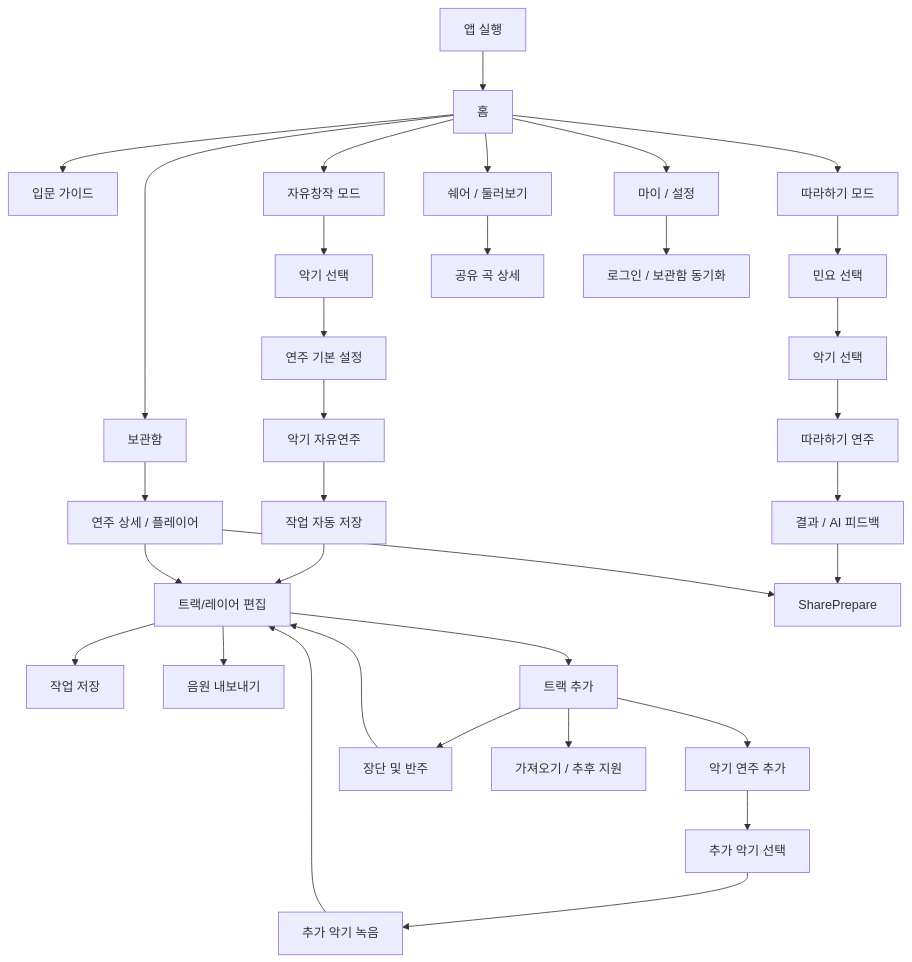
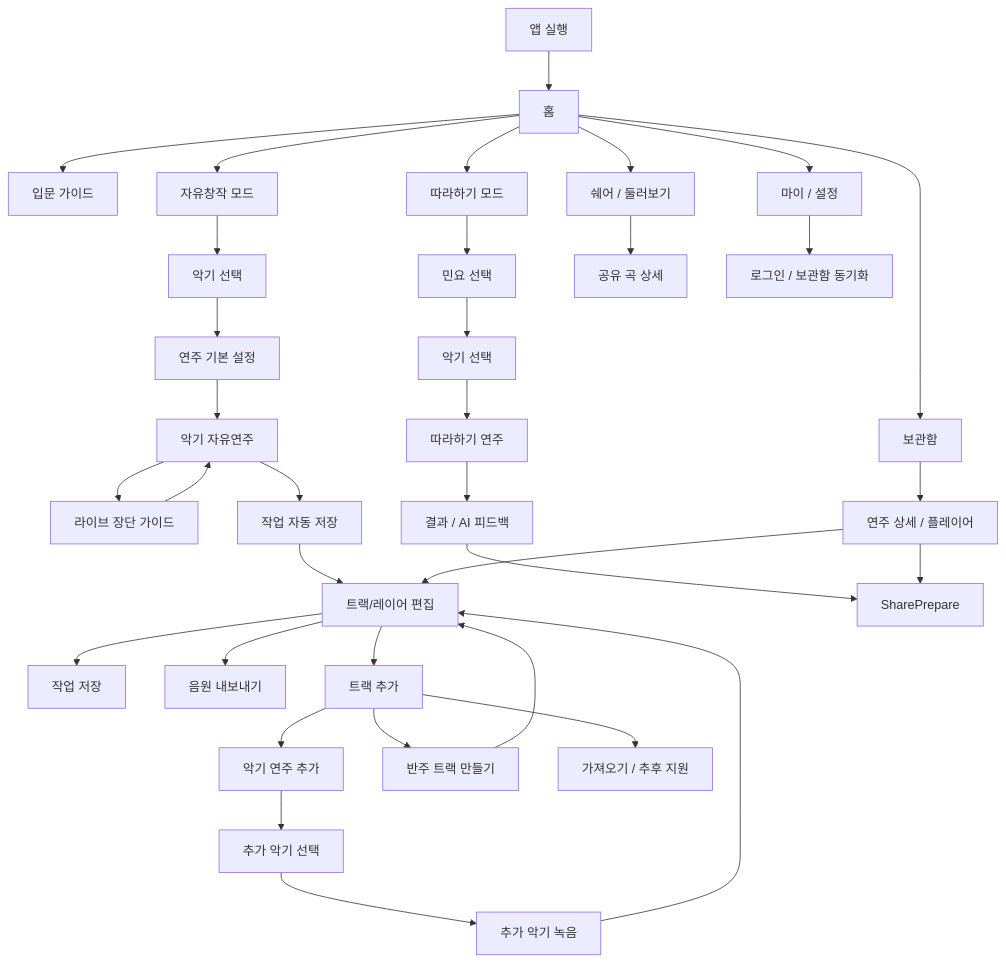
Before and after one commit to logan0741/GARAK-AI-Gugak-Studio: the diagram in front/docs/product/screen-flow/current-screen-flow.md, drawn with Mermaid. The commit also changed other lines of this file and 1 other file, not shown here.

````diff
--- a/front/docs/product/screen-flow/current-screen-flow.md
+++ b/front/docs/product/screen-flow/current-screen-flow.md
@@ -97,42 +97,44 @@
 ```mermaid
 flowchart TD
     App["앱 실행"] --> Home["홈"]
 
     Home --> Guide["입문 가이드"]
     Home --> FreeMode["자유창작 모드"]
     Home --> PracticeEntry["따라하기 모드"]
     Home --> Library["보관함"]
     Home --> ShareFeed["쉐어 / 둘러보기"]
     Home --> Settings["마이 / 설정"]
 
     FreeMode --> InstrumentSettings["악기 선택"]
     InstrumentSettings --> PlayDefaults["연주 기본 설정"]
     PlayDefaults --> FreePlay["악기 자유연주"]
+    FreePlay --> LiveJangdanGuide["라이브 장단 가이드"]
+    LiveJangdanGuide --> FreePlay
 
     FreePlay --> AutoSaveWork["작업 자동 저장"]
     AutoSaveWork --> LayerEdit["트랙/레이어 편집"]
     LayerEdit --> SaveWork["작업 저장"]
     LayerEdit --> ExportAudio["음원 내보내기"]
 
     LayerEdit --> AddTrack["트랙 추가"]
     AddTrack --> AddInstrumentType["악기 연주 추가"]
-    AddTrack --> JangdanPanel["장단 및 반주"]
+    AddTrack --> AccompanimentTrack["반주 트랙 만들기"]
     AddTrack --> ImportLocked["가져오기 / 추후 지원"]
     AddInstrumentType --> AddInstrumentSelect["추가 악기 선택"]
     AddInstrumentSelect --> ExtraInstrumentRecord["추가 악기 녹음"]
     ExtraInstrumentRecord --> LayerEdit
-    JangdanPanel --> LayerEdit
+    AccompanimentTrack --> LayerEdit
 
     PracticeEntry --> SongSelect["민요 선택"]
     SongSelect --> PracticeInstrument["악기 선택"]
     PracticeInstrument --> PracticePlay["따라하기 연주"]
     PracticePlay --> PracticeResult["결과 / AI 피드백"]
     PracticeResult --> SharePrepare
 
     Library --> RecordingDetail["연주 상세 / 플레이어"]
     RecordingDetail --> LayerEdit
     RecordingDetail --> SharePrepare
 
     ShareFeed --> SharedDetail["공유 곡 상세"]
     Settings --> LoginSync["로그인 / 보관함 동기화"]
 ```
````
